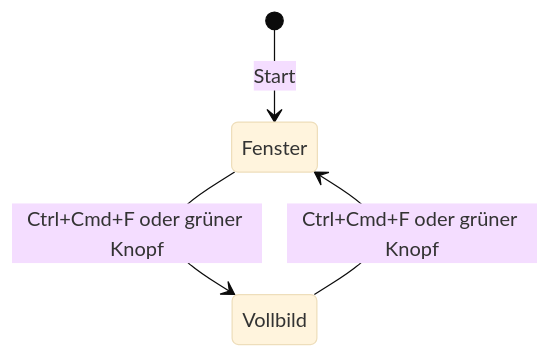
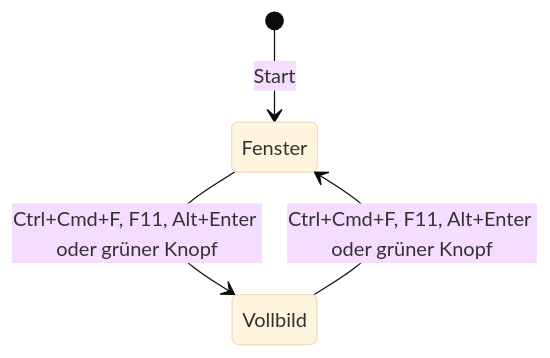
Before and after one commit to klausmoster/DerComputerladen: the diagram in docs/spielbeschreibung/darstellung.md, drawn with Mermaid (base theme). The commit also changed other lines of this file and 16 other files, not shown here.

````diff
--- a/docs/spielbeschreibung/darstellung.md
+++ b/docs/spielbeschreibung/darstellung.md
@@ -38,6 +47,6 @@
 ```mermaid
 stateDiagram-v2
     [*] --> Fenster: Start
-    Fenster --> Vollbild: Ctrl+Cmd+F oder grüner Knopf
-    Vollbild --> Fenster: Ctrl+Cmd+F oder grüner Knopf
+    Fenster --> Vollbild: Ctrl+Cmd+F, F11, Alt+Enter oder grüner Knopf
+    Vollbild --> Fenster: Ctrl+Cmd+F, F11, Alt+Enter oder grüner Knopf
 ```
````
